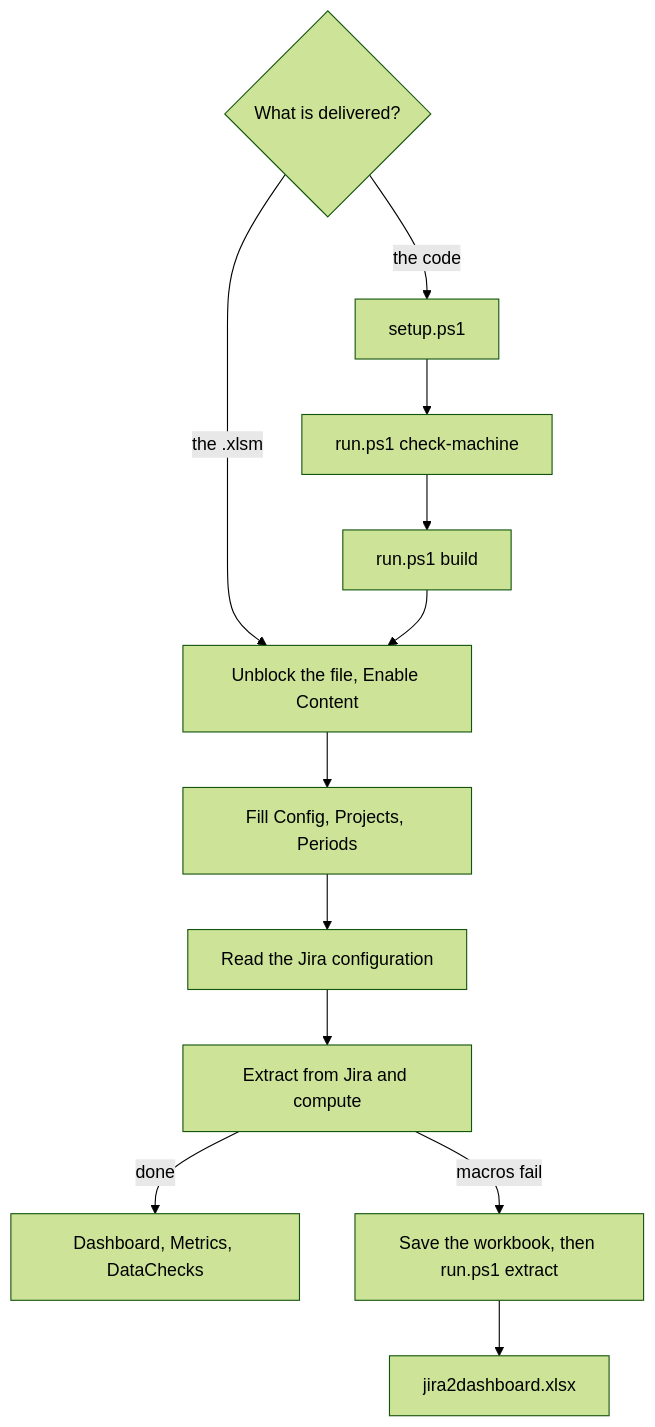
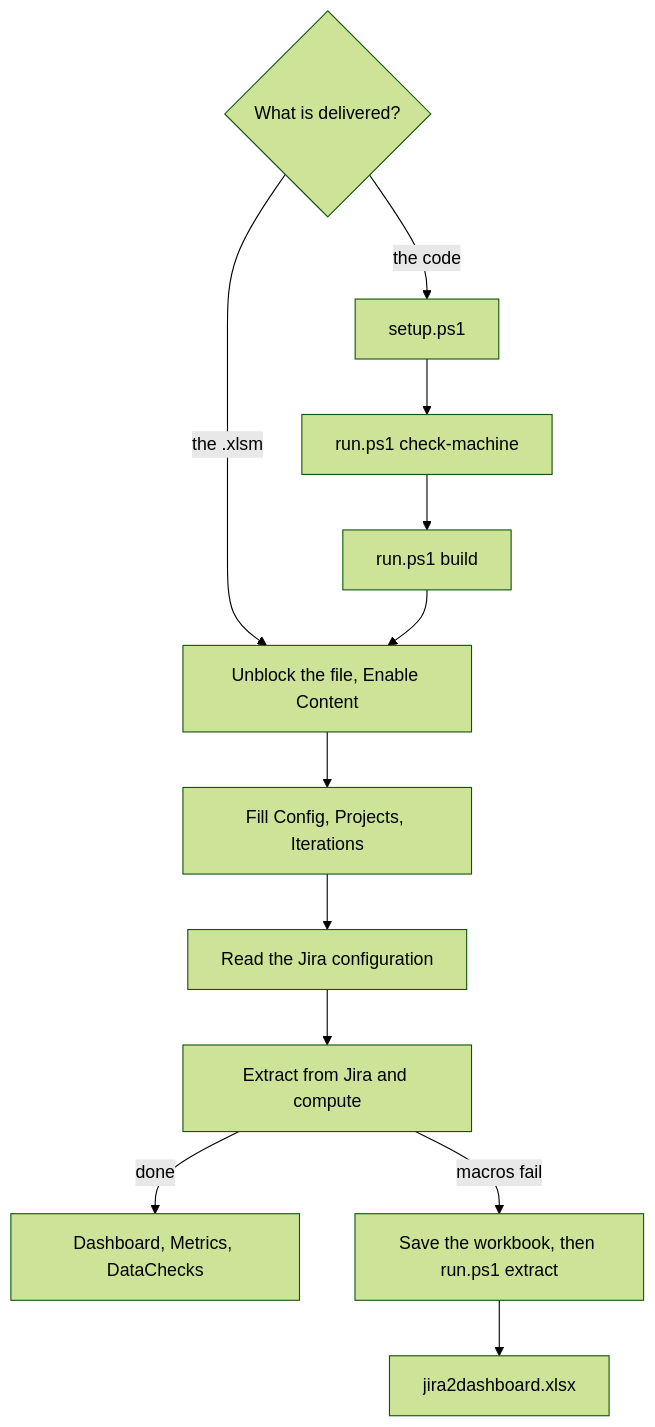
Before and after one commit to AlexisAIchangeAgent/jira2dashboard: the second of 2 diagrams in README.md, drawn with Mermaid (forest theme). The commit also changed other lines of this file and 33 other files, not shown here.

Commit message:
Rename the sheet Periods to Iterations (params/iterations.md); describe iterations inside a PI

````diff
--- a/README.md
+++ b/README.md
@@ -201,12 +201,12 @@
 ```mermaid
 flowchart TD
     d{"What is delivered?"}
     d -->|"the .xlsm"| u1["Unblock the file, Enable Content"]
     d -->|"the code"| k1["setup.ps1"] --> k2["run.ps1 check-machine"] --> k3["run.ps1 build"] --> u1
-    u1 --> u2["Fill Config, Projects, Periods"]
+    u1 --> u2["Fill Config, Projects, Iterations"]
     u2 --> u3["Read the Jira configuration"]
     u3 --> u4["Extract from Jira and compute"]
     u4 -->|"done"| u5["Dashboard, Metrics, DataChecks"]
     u4 -->|"macros fail"| p1["Save the workbook, then run.ps1 extract"]
     p1 --> p2["jira2dashboard.xlsx"]
 ```
````
